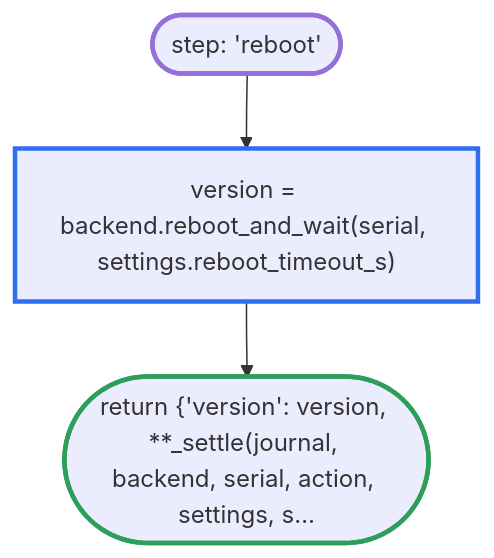
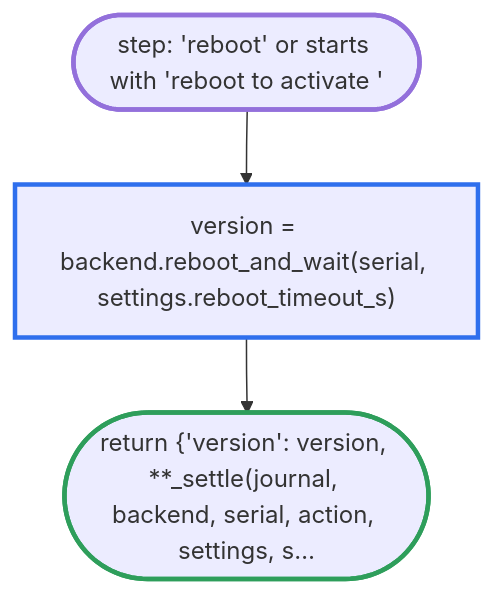
Diagram 16 of 21 in docs/flow/upgrade.md (fettigcj/panUpgrade), drawn with Mermaid before and after one commit. The commit also changed other lines of this file and 7 other files, not shown here.

````diff
--- a/docs/flow/upgrade.md
+++ b/docs/flow/upgrade.md
@@ -508,16 +519,16 @@
 ```mermaid
 flowchart TD
-    d10_1(["step: 'reboot'"])
+    d10_1(["step: 'reboot' or starts with 'reboot to activate '"])
     d10_2["version = backend.reboot_and_wait(serial, settings.reboot_timeout_s)"]
     d10_3(["return {'version': version, **_settle(journal, backend, serial, action, settings, s…"])
     d10_1 --> d10_2
     d10_2 --> d10_3
     classDef api stroke:#2f6fed,stroke-width:3px
     classDef refuse stroke:#d64545,stroke-width:3px
     classDef done stroke:#2e9e5b,stroke-width:3px
     classDef step stroke:#e0a020,stroke-width:3px
     classDef entry stroke-width:3px
     class d10_1 entry
     class d10_2 api
     class d10_3 done
 ```
````
